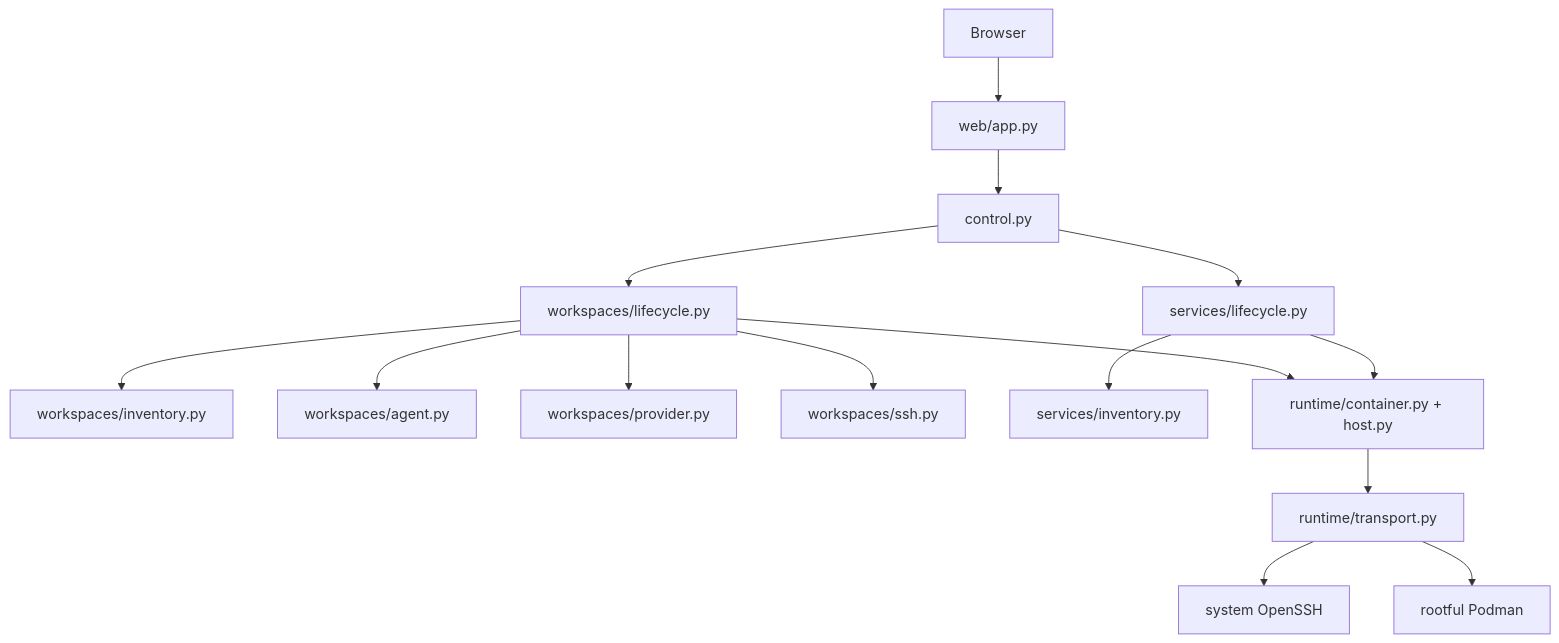
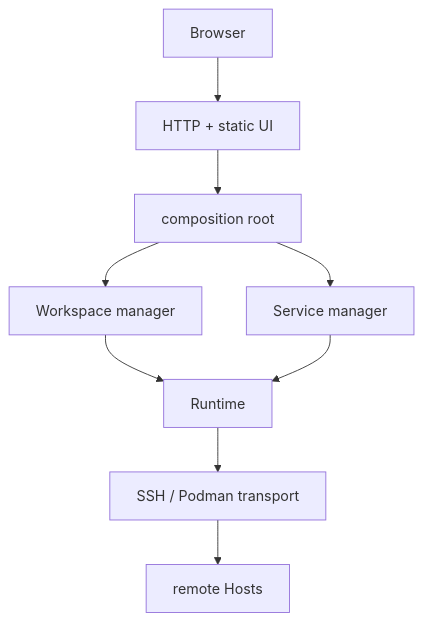
Before and after one commit to curoky/codespace: the second of 3 diagrams in src/codespace/DESIGN.md, drawn with Mermaid. The commit also changed other lines of this file and 16 other files, not shown here.

````diff
--- a/src/codespace/DESIGN.md
+++ b/src/codespace/DESIGN.md
@@ -47,17 +27,11 @@
 ```mermaid
 flowchart TB
-    Browser --> Web["web/app.py"]
-    Web --> Control["control.py"]
-    Control --> WorkspaceManager["workspaces/lifecycle.py"]
-    Control --> ServiceManager["services/lifecycle.py"]
-    WorkspaceManager --> WorkspaceInventory["workspaces/inventory.py"]
-    WorkspaceManager --> Agent["workspaces/agent.py"]
-    WorkspaceManager --> Provider["workspaces/provider.py"]
-    WorkspaceManager --> SSHProjection["workspaces/ssh.py"]
-    ServiceManager --> ServiceInventory["services/inventory.py"]
-    WorkspaceManager --> Runtime["runtime/container.py + host.py"]
-    ServiceManager --> Runtime
-    Runtime --> Transport["runtime/transport.py"]
-    Transport --> SSH["system OpenSSH"]
-    Transport --> Podman["rootful Podman"]
+    Browser --> Web["HTTP + static UI"]
+    Web --> Control["composition root"]
+    Control --> Workspaces["Workspace manager"]
+    Control --> Services["Service manager"]
+    Workspaces --> Runtime
+    Services --> Runtime
+    Runtime --> Transport["SSH / Podman transport"]
+    Transport --> Hosts["remote Hosts"]
 ```
````
